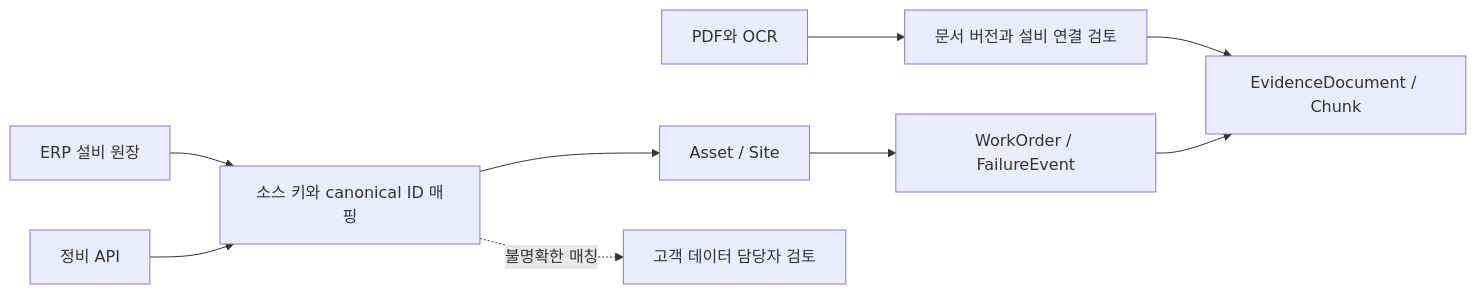
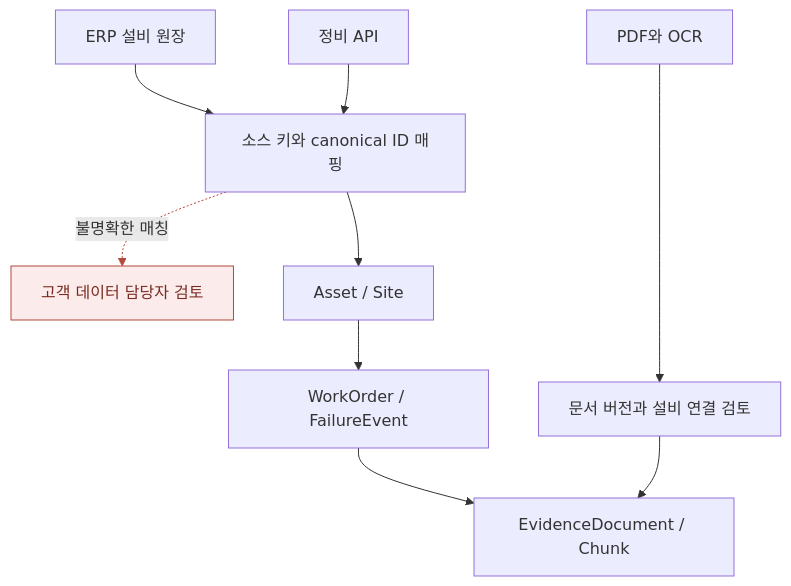
Before and after one commit to jay-jang/preparing-fde: the diagram in assets/diagrams/frame-1-1.mmd, drawn with Mermaid. The commit also changed 75 other files, not shown here.

```diff
--- a/assets/diagrams/frame-1-1.mmd
+++ b/assets/diagrams/frame-1-1.mmd
@@ -1,9 +1,15 @@
-flowchart LR
-  E["ERP 설비 원장"] --> IM["소스 키와 canonical ID 매핑"]
+flowchart TB
+  %% Statement order sets the layout: review branch on the left, Asset -> WorkOrder -> Evidence spine in the middle,
+  %% document path on the right. The invisible link keeps PDF와 OCR on the source row.
+  IM["소스 키와 canonical ID 매핑"] -. "불명확한 매칭" .-> H["고객 데이터 담당자 검토"]
+  E["ERP 설비 원장"] --> IM
   C["정비 API"] --> IM
-  F["PDF와 OCR"] --> Q["문서 버전과 설비 연결 검토"]
   IM --> A["Asset / Site"]
   A --> W["WorkOrder / FailureEvent"]
-  Q --> V["EvidenceDocument / Chunk"]
-  W --> V
-  IM -. "불명확한 매칭" .-> H["고객 데이터 담당자 검토"]
+  W --> V["EvidenceDocument / Chunk"]
+  F["PDF와 OCR"] --> Q["문서 버전과 설비 연결 검토"]
+  Q --> V
+  F ~~~ IM
+  classDef fail fill:#fbeceb,stroke:#b4483c,color:#7a2a22
+  class H fail
+  linkStyle 0 stroke:#b4483c
```
